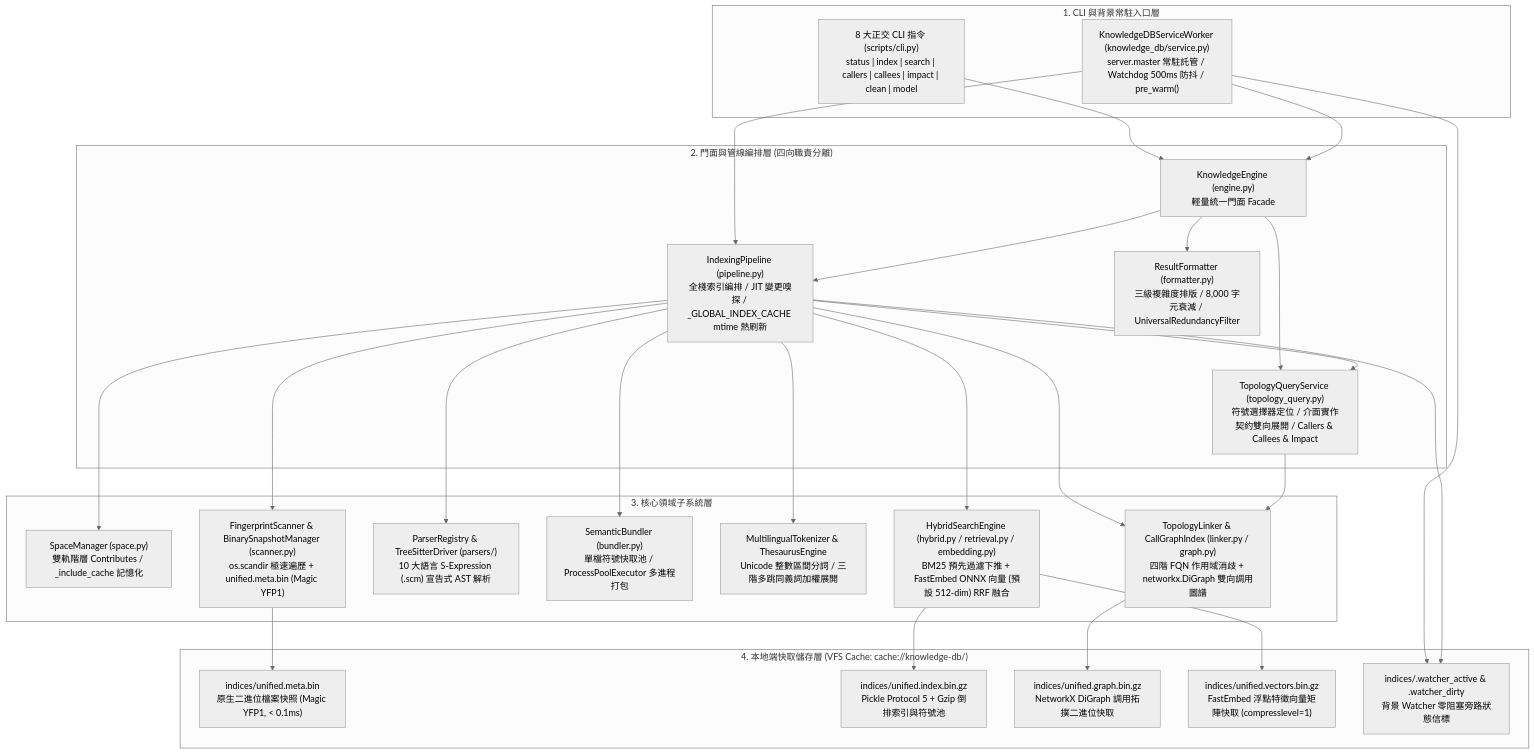
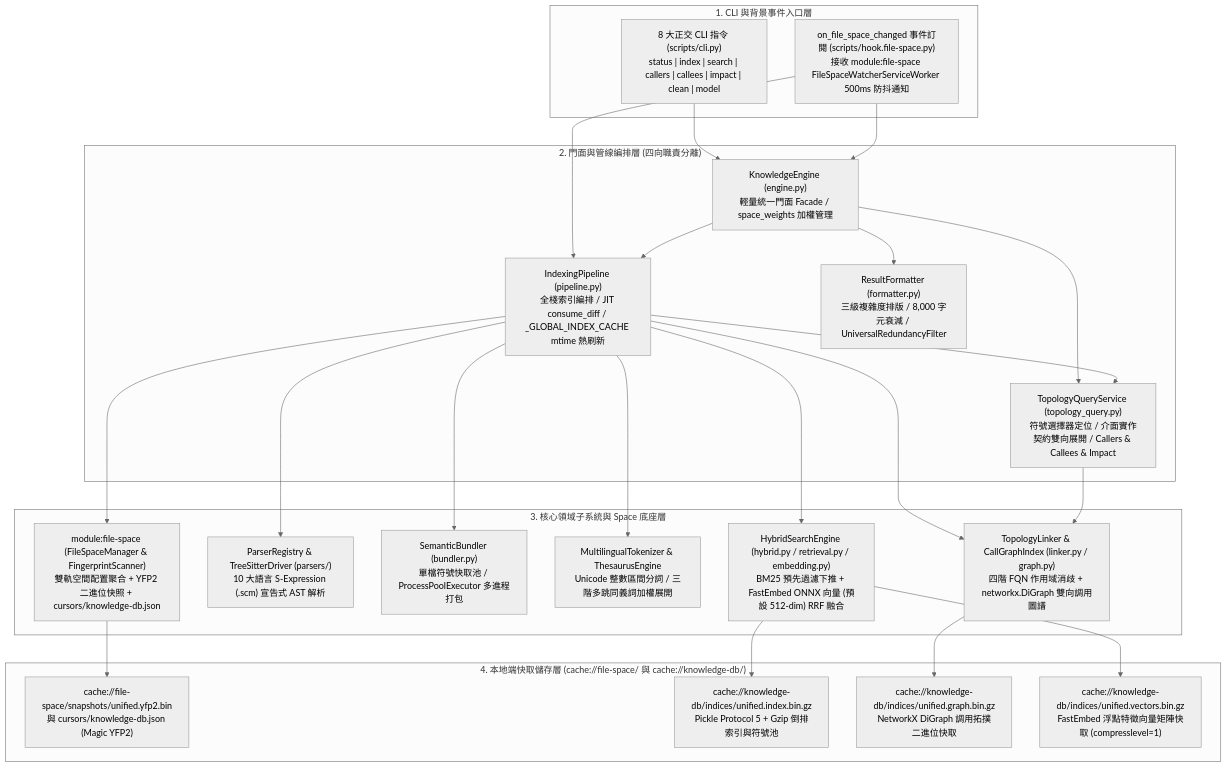
Before and after one commit to ysnaive/ys-codebase: the first of 2 diagrams in docs/knowledge-db/architecture.md, drawn with Mermaid (neutral theme). The commit also changed other lines of this file and 125 other files, not shown here.

First line of the commit message:
feat(file-space,knowledge-db,core,agents-workflow): introduce file-space module, contributes merge DSL, and self-healing fixes

````diff
--- a/docs/knowledge-db/architecture.md
+++ b/docs/knowledge-db/architecture.md
@@ -32,42 +32,39 @@
 ```mermaid
 flowchart TD
-    subgraph CLILayer ["1. CLI 與背景常駐入口層"]
+    subgraph CLILayer ["1. CLI 與背景事件入口層"]
         CLI["8 大正交 CLI 指令 (scripts/cli.py)<br/>status | index | search | callers | callees | impact | clean | model"]
-        Worker["KnowledgeDBServiceWorker (knowledge_db/service.py)<br/>server.master 常駐託管 / Watchdog 500ms 防抖 / pre_warm()"]
+        HookSpace["on_file_space_changed 事件訂閱 (scripts/hook.file-space.py)<br/>接收 module:file-space FileSpaceWatcherServiceWorker 500ms 防抖通知"]
     end
 
     subgraph FacadeLayer ["2. 門面與管線編排層 (四向職責分離)"]
-        Engine["KnowledgeEngine (engine.py)<br/>輕量統一門面 Facade"]
-        Pipeline["IndexingPipeline (pipeline.py)<br/>全棧索引編排 / JIT 變更嗅探 / _GLOBAL_INDEX_CACHE mtime 熱刷新"]
+        Engine["KnowledgeEngine (engine.py)<br/>輕量統一門面 Facade / space_weights 加權管理"]
+        Pipeline["IndexingPipeline (pipeline.py)<br/>全棧索引編排 / JIT consume_diff / _GLOBAL_INDEX_CACHE mtime 熱刷新"]
         TopoSvc["TopologyQueryService (topology_query.py)<br/>符號選擇器定位 / 介面實作契約雙向展開 / Callers & Callees & Impact"]
         Formatter["ResultFormatter (formatter.py)<br/>三級複雜度排版 / 8,000 字元衰減 / UniversalRedundancyFilter"]
     end
 
-    subgraph CoreSubsystems ["3. 核心領域子系統層"]
-        SpaceMgr["SpaceManager (space.py)<br/>雙軌階層 Contributes / _include_cache 記憶化"]
-        Scanner["FingerprintScanner & BinarySnapshotManager (scanner.py)<br/>os.scandir 極速遍歷 + unified.meta.bin (Magic YFP1)"]
+    subgraph CoreSubsystems ["3. 核心領域子系統與 Space 底座層"]
+        SpaceMod["module:file-space (FileSpaceManager & FingerprintScanner)<br/>雙軌空間配置聚合 + YFP2 二進位快照 + cursors/knowledge-db.json"]
         Parsers["ParserRegistry & TreeSitterDriver (parsers/)<br/>10 大語言 S-Expression (.scm) 宣告式 AST 解析"]
         Bundler["SemanticBundler (bundler.py)<br/>單檔符號快取池 / ProcessPoolExecutor 多進程打包"]
         Tokenizer["MultilingualTokenizer & ThesaurusEngine<br/>Unicode 整數區間分詞 / 三階多跳同義詞加權展開"]
         Hybrid["HybridSearchEngine (hybrid.py / retrieval.py / embedding.py)<br/>BM25 預先過濾下推 + FastEmbed ONNX 向量 (預設 512-dim) RRF 融合"]
         Graph["TopologyLinker & CallGraphIndex (linker.py / graph.py)<br/>四階 FQN 作用域消歧 + networkx.DiGraph 雙向調用圖譜"]
     end
 
-    subgraph StorageLayer ["4. 本地端快取儲存層 (VFS Cache: cache://knowledge-db/)"]
-        MetaBin["indices/unified.meta.bin<br/>原生二進位檔案快照 (Magic YFP1, < 0.1ms)"]
-        IndexBin["indices/unified.index.bin.gz<br/>Pickle Protocol 5 + Gzip 倒排索引與符號池"]
-        GraphBin["indices/unified.graph.bin.gz<br/>NetworkX DiGraph 調用拓撲二進位快取"]
-        VecBin["indices/unified.vectors.bin.gz<br/>FastEmbed 浮點特徵向量矩陣快取 (compresslevel=1)"]
-        WatcherFlags["indices/.watcher_active & .watcher_dirty<br/>背景 Watcher 零阻塞旁路狀態信標"]
+    subgraph StorageLayer ["4. 本地端快取儲存層 (cache://file-space/ 與 cache://knowledge-db/)"]
+        MetaBin["cache://file-space/snapshots/unified.yfp2.bin<br/>與 cursors/knowledge-db.json (Magic YFP2)"]
+        IndexBin["cache://knowledge-db/indices/unified.index.bin.gz<br/>Pickle Protocol 5 + Gzip 倒排索引與符號池"]
+        GraphBin["cache://knowledge-db/indices/unified.graph.bin.gz<br/>NetworkX DiGraph 調用拓撲二進位快取"]
+        VecBin["cache://knowledge-db/indices/unified.vectors.bin.gz<br/>FastEmbed 浮點特徵向量矩陣快取 (compresslevel=1)"]
     end
 
     CLI --> Engine
-    Worker --> Engine & Pipeline
+    HookSpace --> Engine & Pipeline
     Engine --> Pipeline & TopoSvc & Formatter
-    Pipeline --> TopoSvc & SpaceMgr & Scanner & Parsers & Bundler & Tokenizer & Hybrid & Graph
+    Pipeline --> TopoSvc & SpaceMod & Parsers & Bundler & Tokenizer & Hybrid & Graph
     TopoSvc --> Graph
-    Scanner --> MetaBin
+    SpaceMod --> MetaBin
     Hybrid --> IndexBin & VecBin
     Graph --> GraphBin
-    Worker & Pipeline --> WatcherFlags
 ```
````
